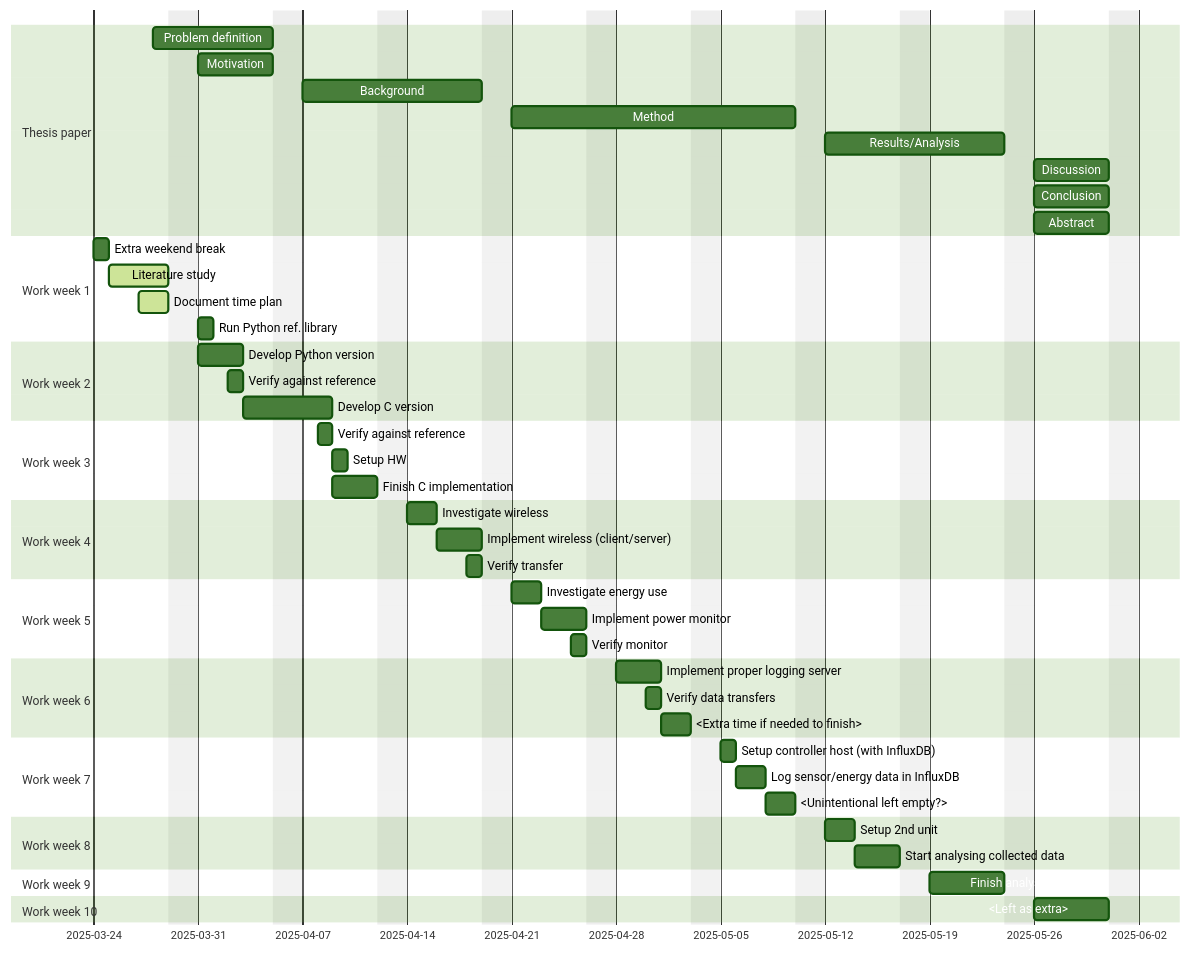
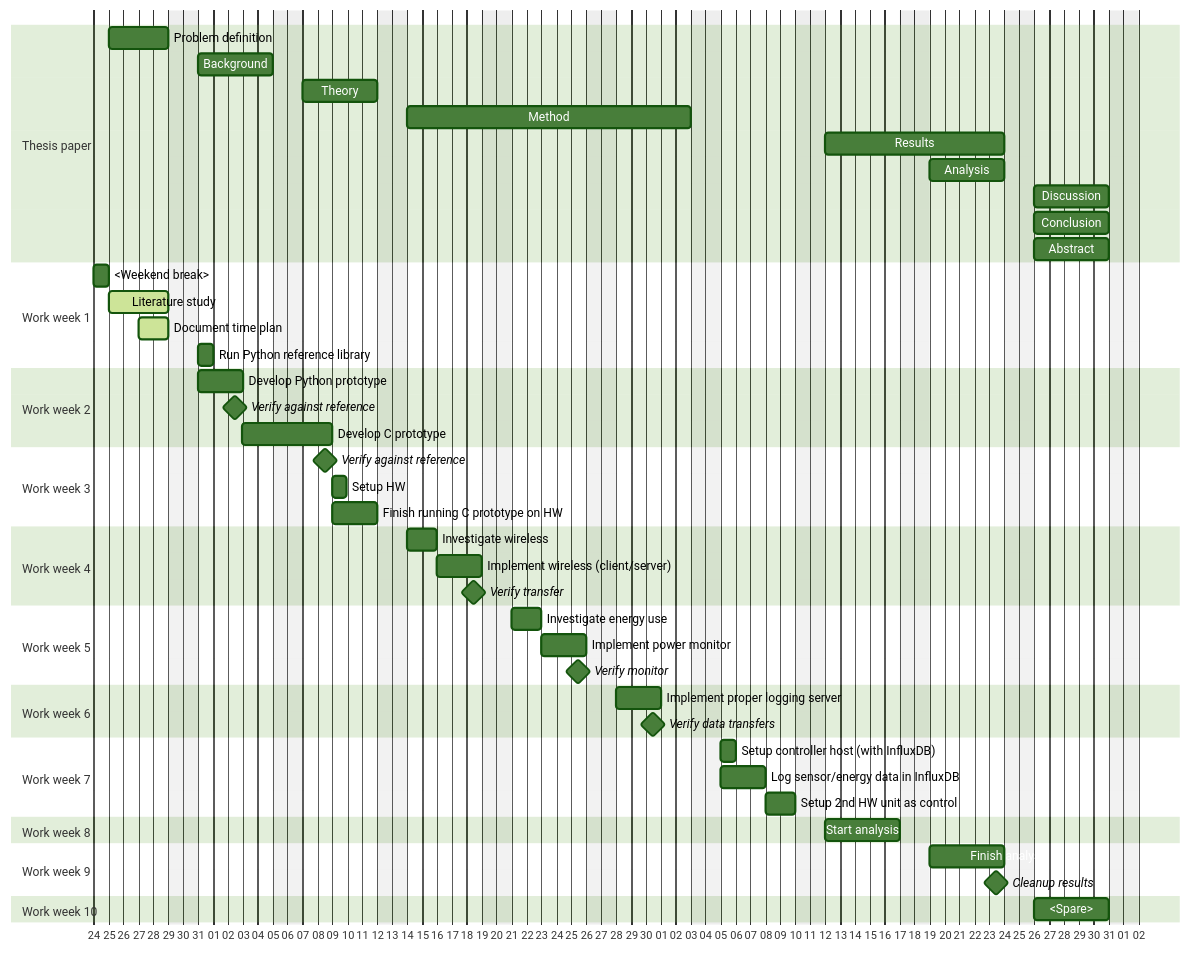
One commit to lmas/thesis changed the diagram in time.md. Above: the diagram before and after it, drawn with Mermaid (forest theme). The commit also changed other lines of this file and 2 other files, not shown here.

Commit message:
End of week 1

````diff
--- a/time.md
+++ b/time.md
@@ -18,68 +18,74 @@
 ```mermaid
 gantt
 dateFormat  MM-DD
 excludes saturday, sunday
 weekday monday
-tickInterval 1week
+tickInterval 1day
+axisFormat %d
+
+%% BUG: can't use 1d milestones on fridays?? Had to use 23h instead
 
 %% TODO: insert final presentation??
 
 section Thesis paper
-    Problem definition: 03-28, 6d
-    Motivation: 03-31, 5d
-    Background: 04-07, 10d
+    Problem definition: 03-25, 4d
+
+    Background: 5d
+
+    Theory: 5d
+
     Method: 15d
-    Results/Analysis: 10d
-    Discussion: 5d
+    
+    Results: 05-12, 10d
+
+    Analysis: 05-19, 5d   
+
+    Discussion:05-26, 5d
     Conclusion: 05-26, 5d
     Abstract: 05-26, 5d
 
 section Work week 1
-    Extra weekend break: 03-24, 1d
+    <Weekend break>: 03-24, 1d
     Literature study: active, 03-25, 4d
     Document time plan: active, 03-27, 2d
-    Run Python ref. library: 1d
+    Run Python reference library: 1d
 
 section Work week 2
-    Develop Python version: 03-31, 3d
-    Verify against reference: 04-02, 1d
-    Develop C version: 4d
+    Develop Python prototype: 03-31, 3d
+    Verify against reference: milestone, 04-02, 23h
+    Develop C prototype: 4d
 
 section Work week 3
-    Verify against reference: 04-08, 1d
+    Verify against reference: milestone, 04-08, 23h
     Setup HW: 1d
-    Finish C implementation: 04-09, 3d
+    Finish running C prototype on HW: 04-09, 3d
 
 section Work week 4
     Investigate wireless: 2d
     Implement wireless (client/server): 3d
-    Verify transfer: 04-18, 1d
+    Verify transfer: milestone, 04-18, 23h
 
 section Work week 5
-    Investigate energy use: 2d
+    Investigate energy use: 04-21, 2d
     Implement power monitor: 3d
-    Verify monitor: 04-25, 1d
+    Verify monitor: milestone, 04-25, 23h
 
 section Work week 6
-    Implement proper logging server: 3d
-    Verify data transfers: 04-30, 1d
-    <Extra time if needed to finish>: 2d
+    Implement proper logging server:04-28,  3d
+    Verify data transfers: milestone, 04-30, 23h
 
 section Work week 7
-    Setup controller host (with InfluxDB): 1d
-    Log sensor/energy data in InfluxDB: 2d
-    %% TODO
-    <Unintentional left empty?>: 2d
+    Setup controller host (with InfluxDB): 05-05, 1d
+    Log sensor/energy data in InfluxDB: 05-05, 3d
+    Setup 2nd HW unit as control: 2d
 
 section Work week 8
-    %% TODO
-    Setup 2nd unit: 2d
-    Start analysing collected data: 3d
+    Start analysis: 5d
 
 section Work week 9
-    %% TODO
     Finish analysis: 5d
+    Cleanup results: milestone, 05-23, 23h
 
 section Work week 10
-    <Left as extra>: 5d
+    <Spare>: 05-26, 5d
 ```
````
